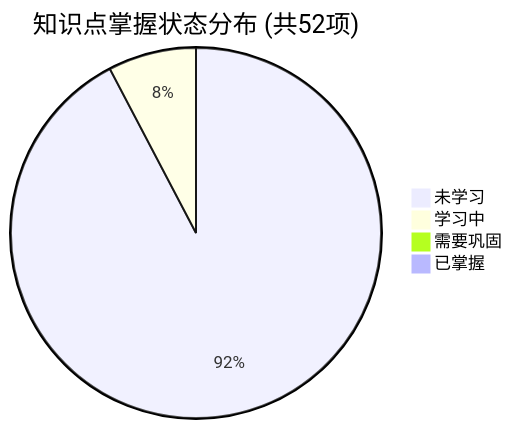
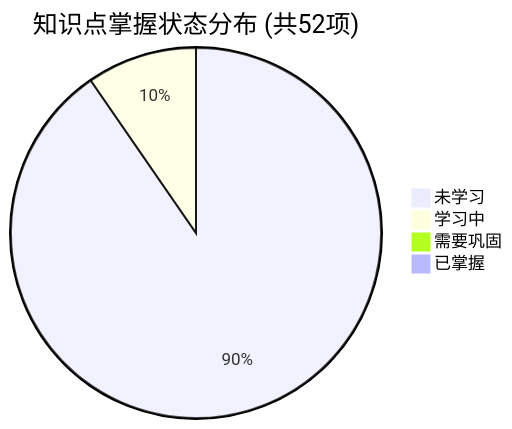
One commit to tieke1121/tech-interview-knowledge-base changed the first of 2 diagrams in PROGRESS.md. Above: the diagram before and after it, drawn with Mermaid. The commit also changed other lines of this file and 1 other file, not shown here.

````diff
--- a/PROGRESS.md
+++ b/PROGRESS.md
@@ -23,7 +23,7 @@
 ```mermaid
 pie title 知识点掌握状态分布 (共52项)
-    "未学习" : 48
-    "学习中" : 4
+    "未学习" : 47
+    "学习中" : 5
     "需要巩固" : 0
     "已掌握" : 0
 ```
````
